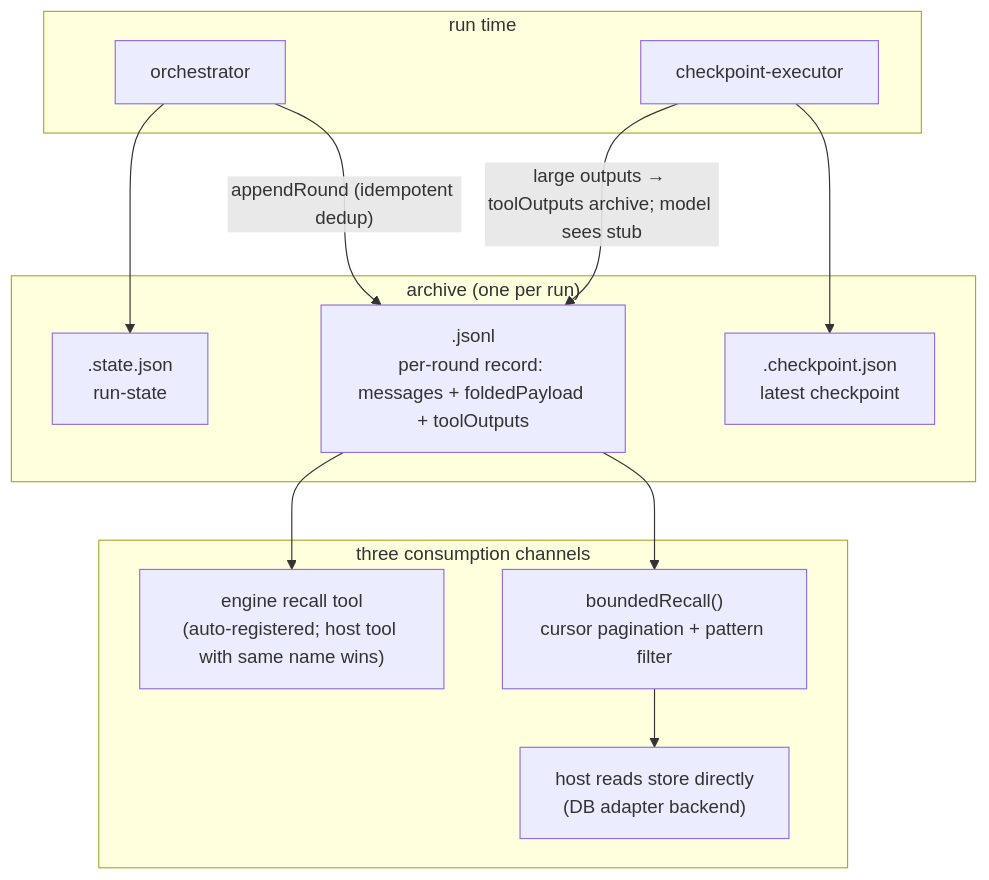
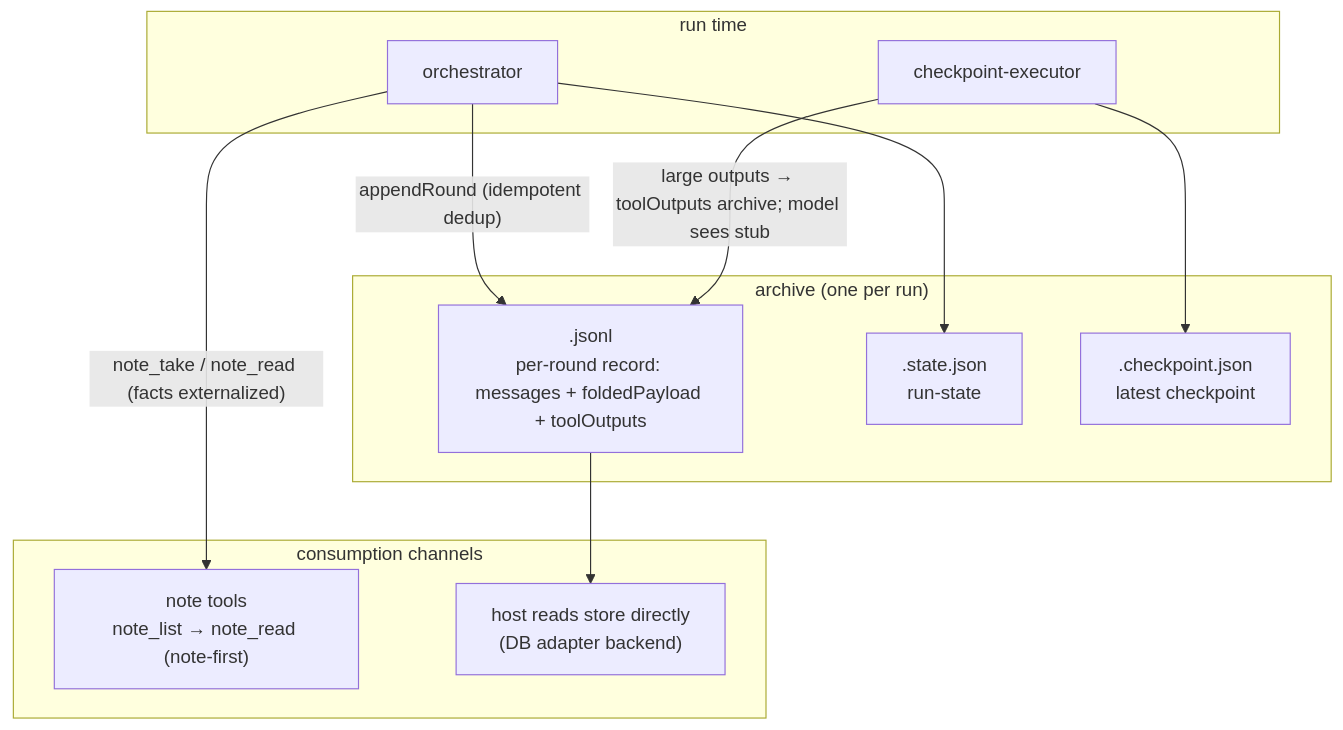
The fifth of 5 diagrams in docs/charts.md (ErixWong/erix-agent), drawn with Mermaid before and after one commit. The commit also changed other lines of this file and 1 other file, not shown here.

First line of the commit message:
docs: charts 双语版同步 recall 退役（note-first 取回，issue #36）

````diff
--- a/docs/charts.md
+++ b/docs/charts.md
@@ -292,27 +291,25 @@
 ```mermaid
 flowchart TB
     subgraph run["run time"]
         ORC2["orchestrator"]
         CPE2["checkpoint-executor"]
     end
 
     subgraph archive["archive (one per run)"]
         JSONL["<runId>.jsonl<br/>per-round record: messages + foldedPayload + toolOutputs"]
         ST["<runId>.state.json<br/>run-state"]
         CK["<runId>.checkpoint.json<br/>latest checkpoint"]
     end
 
-    subgraph surfaces["three consumption channels"]
-        REC["engine recall tool<br/>(auto-registered; host tool with same name wins)"]
-        BR2["boundedRecall()<br/>cursor pagination + pattern filter"]
+    subgraph surfaces["consumption channels"]
+        NOTES["note tools<br/>note_list → note_read (note-first)"]
         HOST2["host reads store directly<br/>(DB adapter backend)"]
     end
 
     ORC2 -- "appendRound (idempotent dedup)" --> JSONL
+    ORC2 -- "note_take / note_read (facts externalized)" --> NOTES
     ORC2 --> ST
     CPE2 --> CK
     CPE2 -- "large outputs → toolOutputs archive; model sees stub" --> JSONL
-    JSONL --> BR2
-    JSONL --> REC
-    BR2 --> HOST2
+    JSONL --> HOST2
 ```
````
